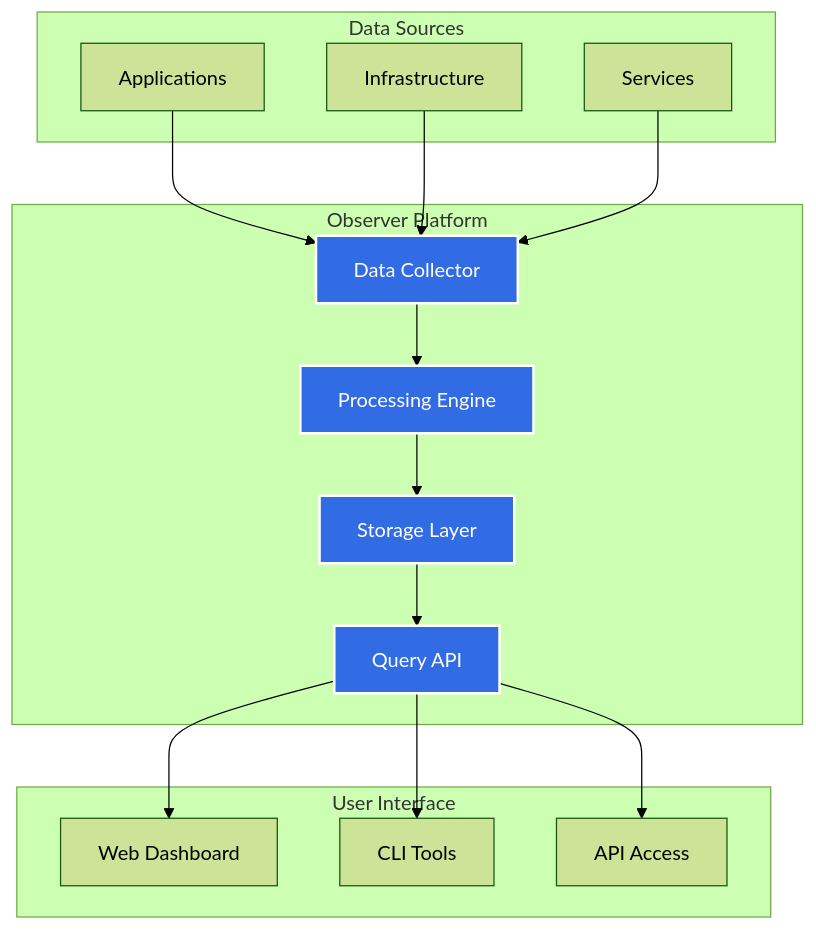
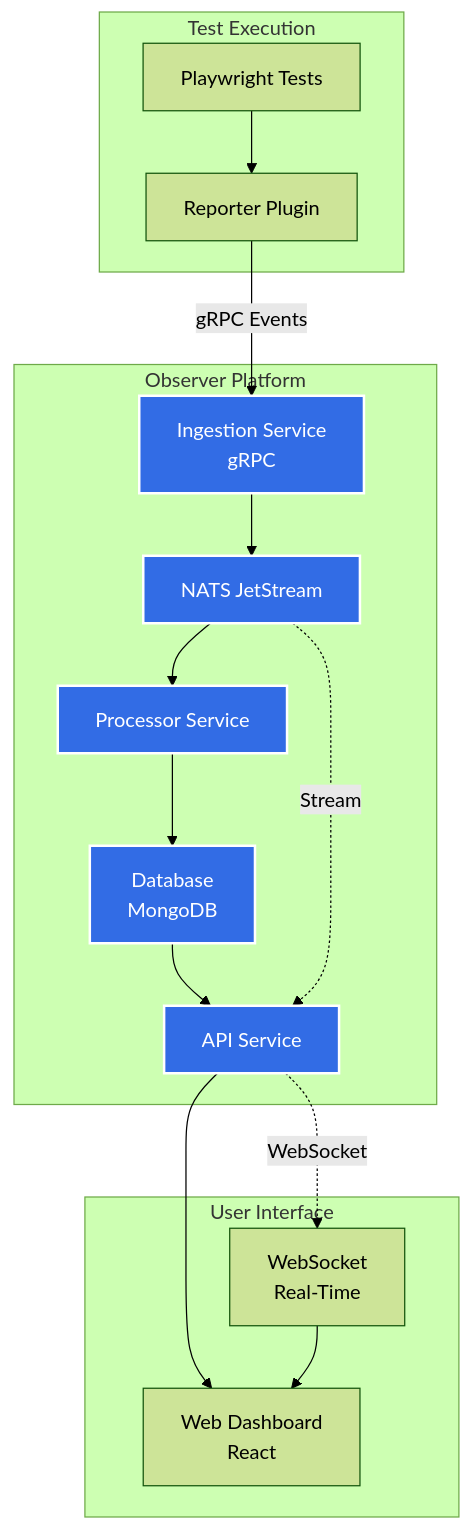
The diagram in content/en/_index.md (stanterprise/stanterprise.github.io), drawn with Mermaid (forest theme) before and after one commit. The commit also changed other lines of this file and 5 other files, not shown here.

Commit message:
Update documentation with Observer and Playwright Reporter information

````diff
--- a/content/en/_index.md
+++ b/content/en/_index.md
@@ -45,36 +45,37 @@
 ```mermaid
 graph TB
-    subgraph "Data Sources"
-        A[Applications]
-        B[Infrastructure]
-        C[Services]
+    subgraph "Test Execution"
+        A[Playwright Tests]
+        B[Reporter Plugin]
     end
     
     subgraph "Observer Platform"
-        D[Data Collector]
-        E[Processing Engine]
-        F[Storage Layer]
-        G[Query API]
+        C[Ingestion Service<br/>gRPC]
+        D[NATS JetStream]
+        E[Processor Service]
+        F[Database<br/>MongoDB]
+        G[API Service]
     end
     
     subgraph "User Interface"
-        H[Web Dashboard]
-        I[CLI Tools]
-        J[API Access]
+        H[Web Dashboard<br/>React]
+        I[WebSocket<br/>Real-Time]
     end
     
-    A --> D
-    B --> D
+    A --> B
+    B -->|gRPC Events| C
     C --> D
     D --> E
     E --> F
     F --> G
     G --> H
-    G --> I
-    G --> J
+    D -.->|Stream| G
+    G -.->|WebSocket| I
+    I --> H
     
+    style C fill:#326ce5,stroke:#fff,stroke-width:2px,color:#fff
     style D fill:#326ce5,stroke:#fff,stroke-width:2px,color:#fff
     style E fill:#326ce5,stroke:#fff,stroke-width:2px,color:#fff
     style F fill:#326ce5,stroke:#fff,stroke-width:2px,color:#fff
     style G fill:#326ce5,stroke:#fff,stroke-width:2px,color:#fff
 ```
````
